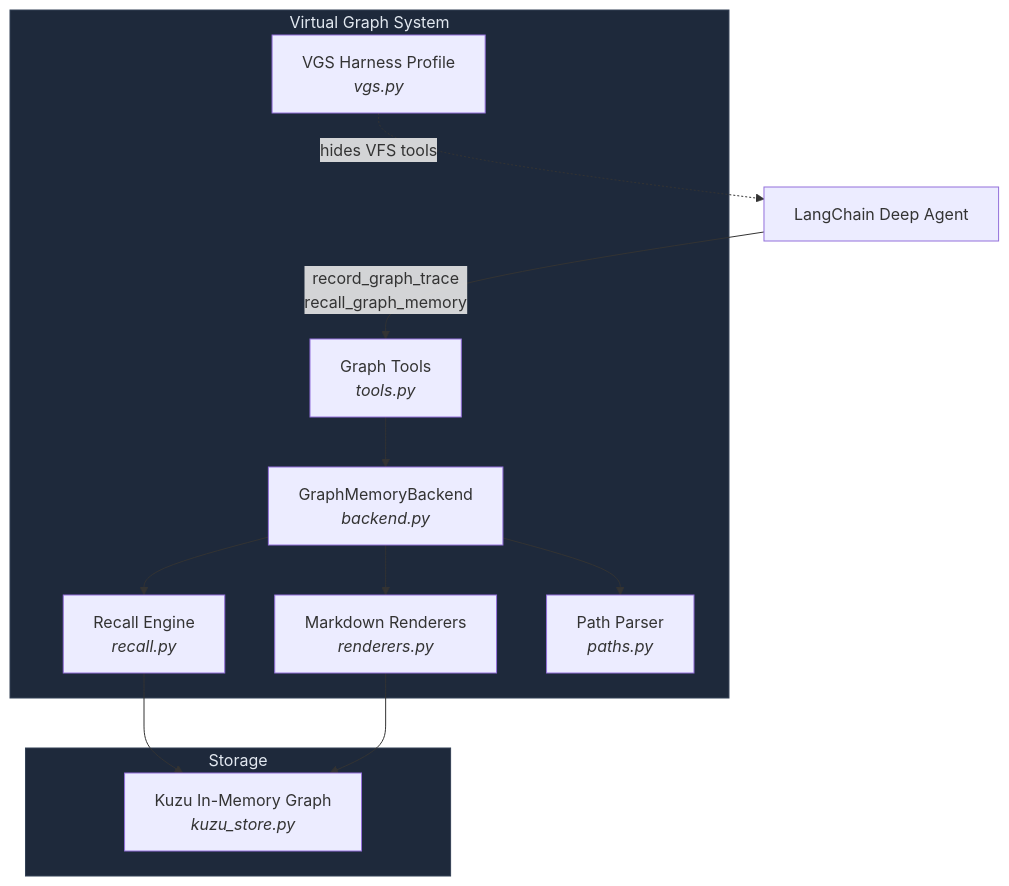
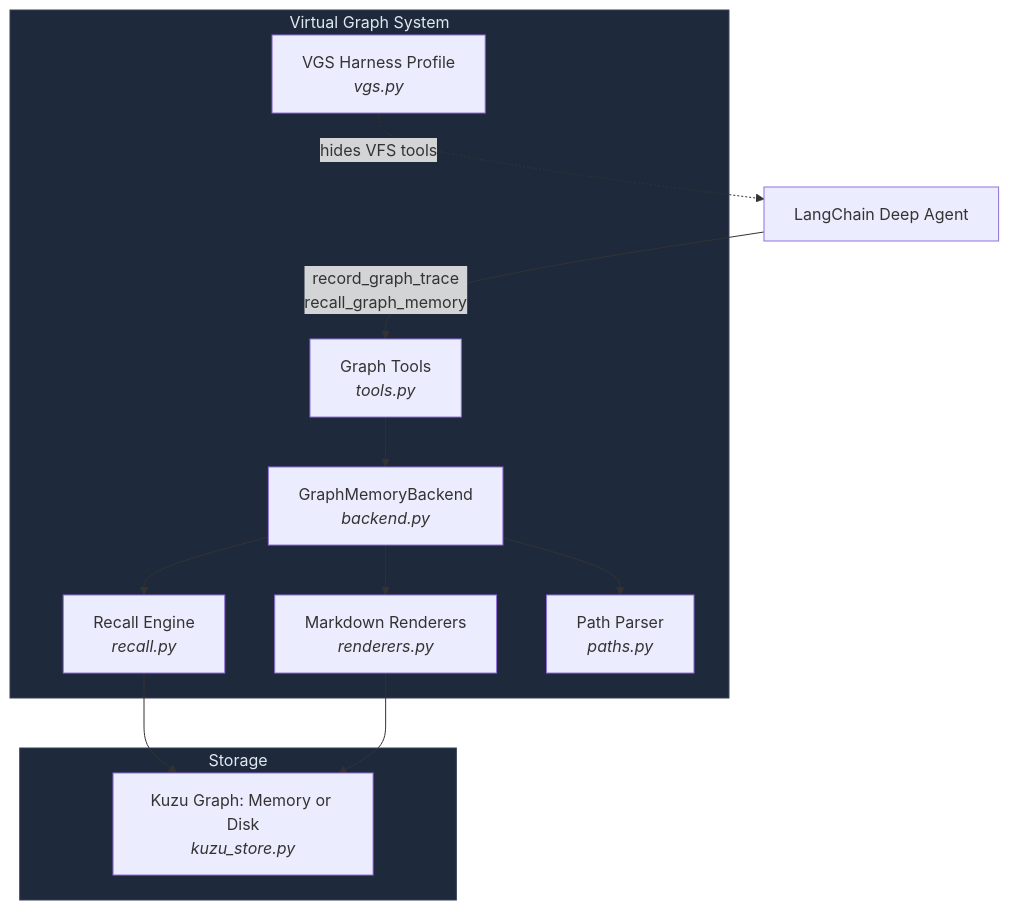
One commit to TahaK29/deepagents-graph-memory changed the first of 4 diagrams in README.md. Above: the diagram before and after it, drawn with Mermaid. The commit also changed other lines of this file and 5 other files, not shown here.

````diff
--- a/README.md
+++ b/README.md
@@ -356,29 +454,29 @@
 ```mermaid
 graph TB
     Agent["LangChain Deep Agent"]
 
     subgraph VGS ["Virtual Graph System"]
         Tools["Graph Tools<br/><i>tools.py</i>"]
         Backend["GraphMemoryBackend<br/><i>backend.py</i>"]
         Recall["Recall Engine<br/><i>recall.py</i>"]
         Renderers["Markdown Renderers<br/><i>renderers.py</i>"]
         Paths["Path Parser<br/><i>paths.py</i>"]
         VGSProfile["VGS Harness Profile<br/><i>vgs.py</i>"]
     end
 
     subgraph Store ["Storage"]
-        Kuzu["Kuzu In-Memory Graph<br/><i>kuzu_store.py</i>"]
+        Kuzu["Kuzu Graph: Memory or Disk<br/><i>kuzu_store.py</i>"]
     end
 
     Agent -->|"record_graph_trace<br/>recall_graph_memory"| Tools
     Tools --> Backend
     Backend --> Recall
     Backend --> Renderers
     Backend --> Paths
     Recall --> Kuzu
     Renderers --> Kuzu
     VGSProfile -.->|"hides VFS tools"| Agent
 
     style VGS fill:#1e293b,stroke:#334155,color:#e2e8f0
     style Store fill:#1e293b,stroke:#334155,color:#e2e8f0
 ```
````
